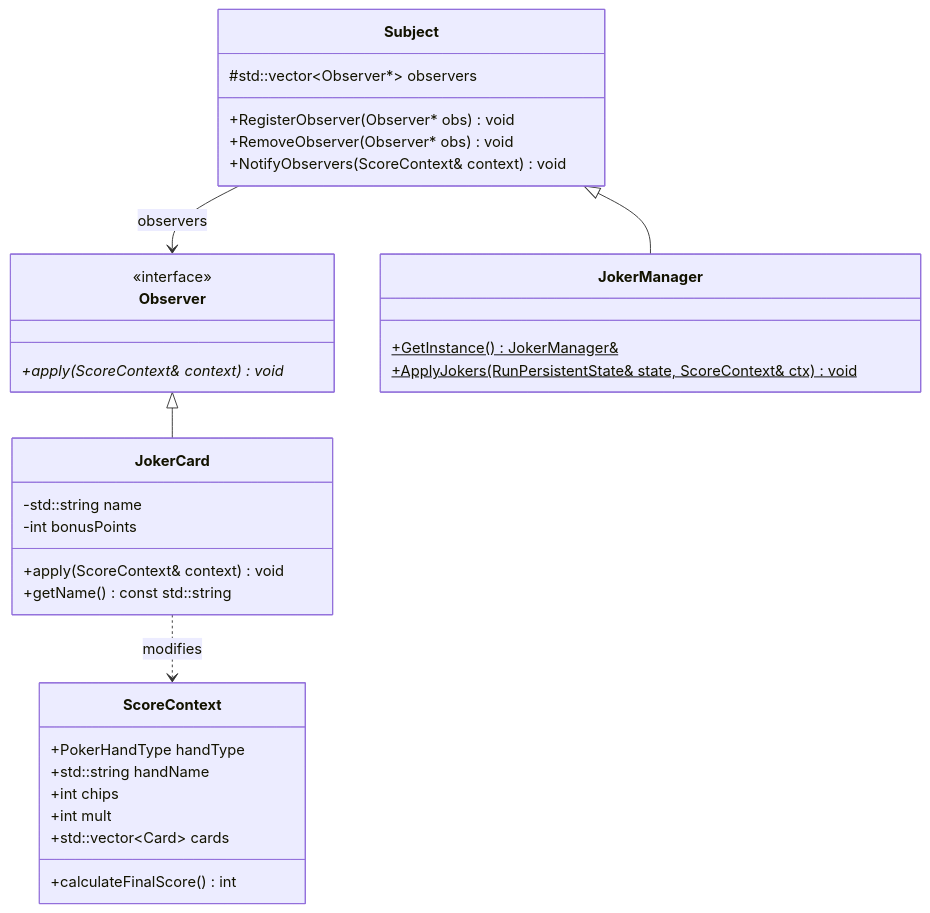
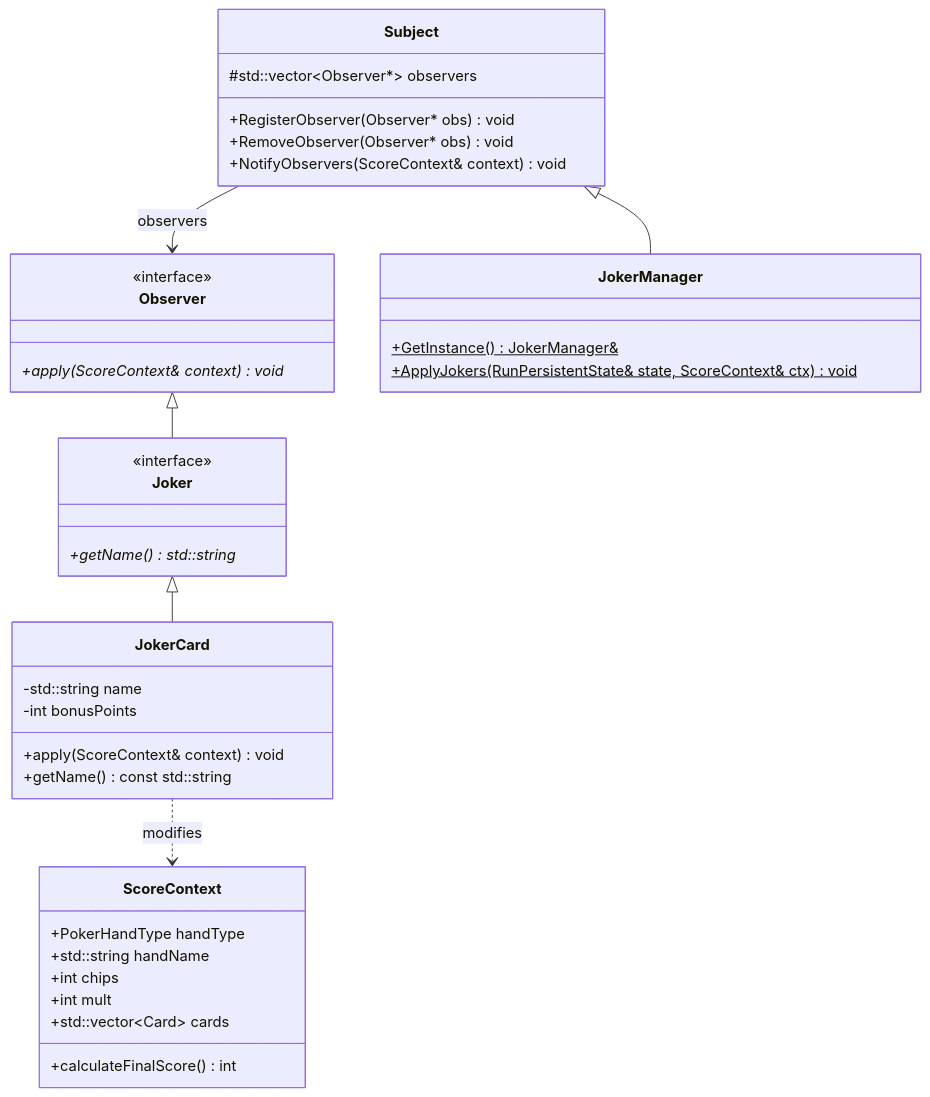
One commit to Amrhea/Kel.DesignPattern changed the third of 12 diagrams in docs/design-pattern-analysis.md. Above: the diagram before and after it, drawn with Mermaid. The commit also changed other lines of this file and 3 other files, not shown here.

````diff
--- a/docs/design-pattern-analysis.md
+++ b/docs/design-pattern-analysis.md
@@ -104,40 +105,46 @@
 ```mermaid
 classDiagram
     class ScoreContext {
         +PokerHandType handType
         +std::string handName
         +int chips
         +int mult
         +std::vector~Card~ cards
         +calculateFinalScore() int
     }
 
     class Observer {
         <<interface>>
         +apply(ScoreContext& context)* void
+    }
+
+    class Joker {
+        <<interface>>
+        +getName()* std::string
     }
 
     class Subject {
         #std::vector~Observer*~ observers
         +RegisterObserver(Observer* obs) void
         +RemoveObserver(Observer* obs) void
         +NotifyObservers(ScoreContext& context) void
     }
 
     class JokerCard {
         -std::string name
         -int bonusPoints
         +apply(ScoreContext& context) void
         +getName() const std::string
     }
 
     class JokerManager {
         +GetInstance()$ JokerManager&
         +ApplyJokers(RunPersistentState& state, ScoreContext& ctx)$ void
     }
 
     Subject <|-- JokerManager
-    Observer <|-- JokerCard
+    Observer <|-- Joker
+    Joker <|-- JokerCard
     Subject --> Observer : observers
     JokerCard ..> ScoreContext : modifies
 ```
````
